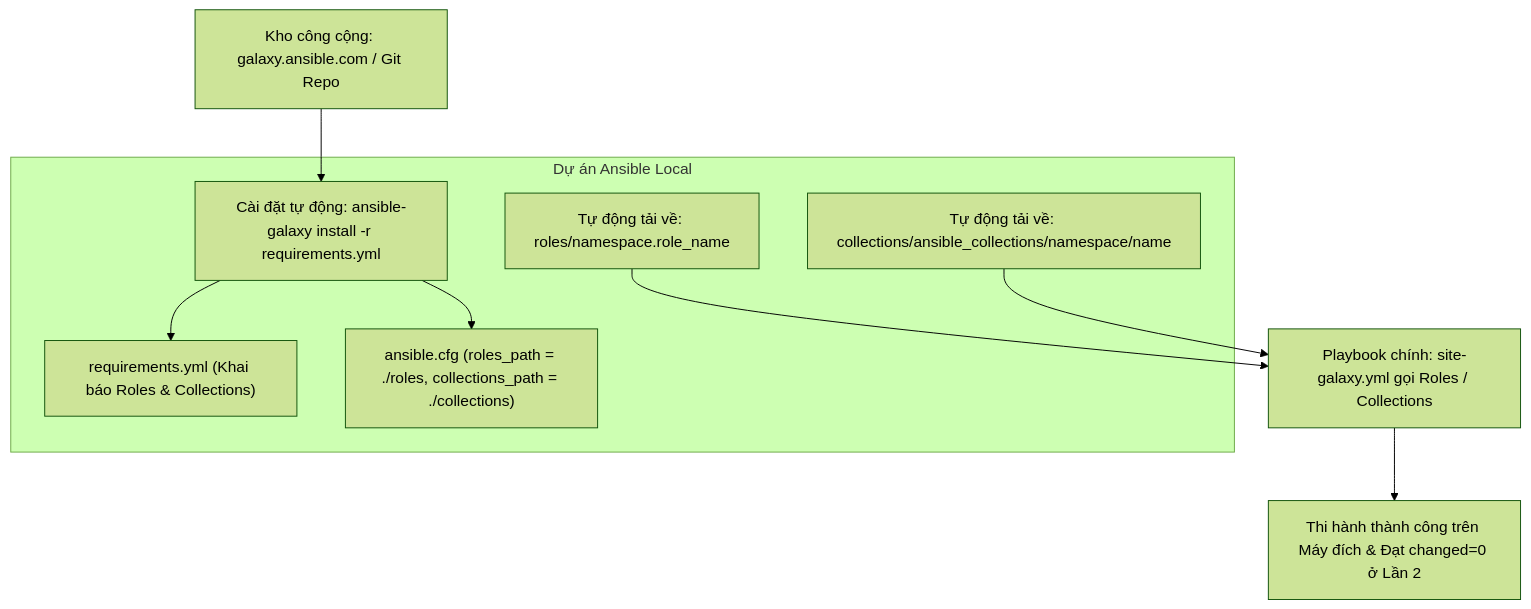
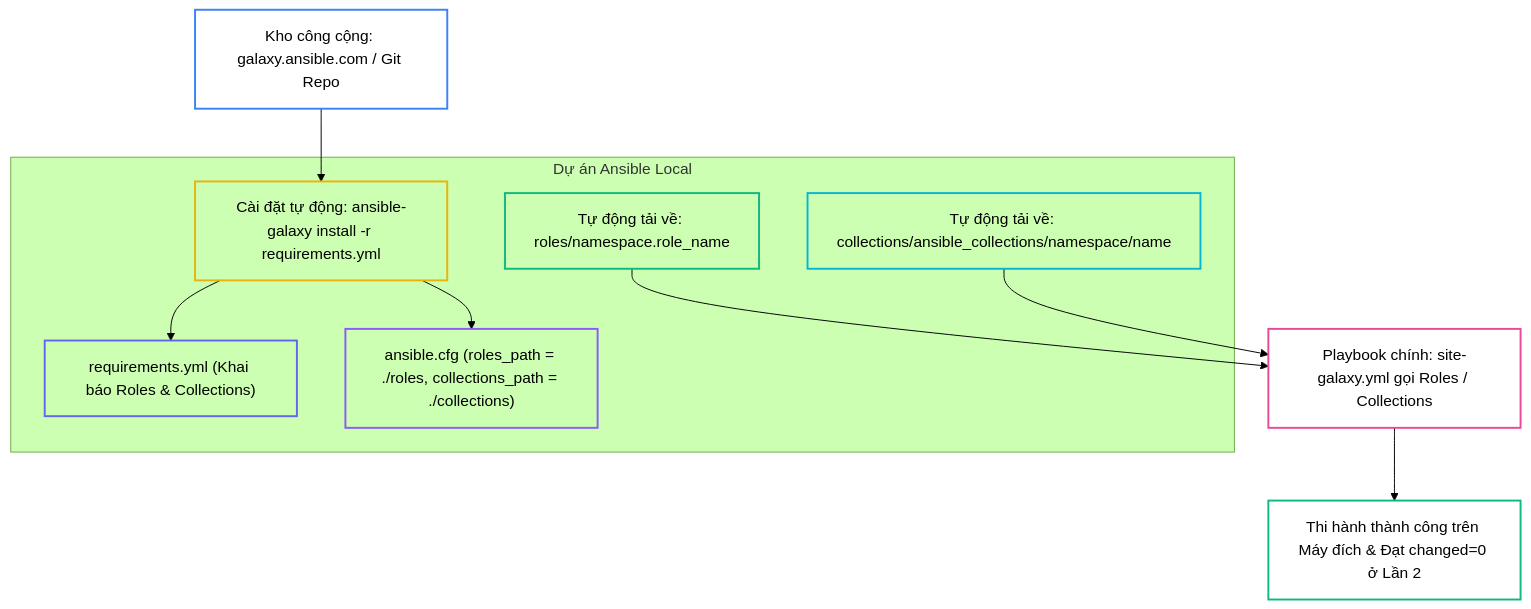
Before and after one commit to kiennt308/ntk: the first of 3 diagrams in _posts/2026-09-13-ansible-16-16-ansible-galaxy.md, drawn with Mermaid (forest theme). The commit also changed other lines of this file and 30 other files, not shown here.

````diff
--- a/_posts/2026-09-13-ansible-16-16-ansible-galaxy.md
+++ b/_posts/2026-09-13-ansible-16-16-ansible-galaxy.md
@@ -82,19 +82,28 @@
 ```mermaid
 graph TD
     A["Kho công cộng: galaxy.ansible.com / Git Repo"] --> B["Cài đặt tự động: ansible-galaxy install -r requirements.yml"]
     
     subgraph "Dự án Ansible Local"
         C["requirements.yml (Khai báo Roles & Collections)"]
         D["ansible.cfg (roles_path = ./roles, collections_path = ./collections)"]
         
         B --> C
         B --> D
         
         E["Tự động tải về: roles/namespace.role_name"]
         F["Tự động tải về: collections/ansible_collections/namespace/name"]
     end
     
     E --> G["Playbook chính: site-galaxy.yml gọi Roles / Collections"]
     F --> G
     G --> H["Thi hành thành công trên Máy đích & Đạt changed=0 ở Lần 2"]
+
+    style A fill:none,stroke:#3b82f6,stroke-width:2px
+    style B fill:none,stroke:#eab308,stroke-width:2px
+    style C fill:none,stroke:#6366f1,stroke-width:2px
+    style D fill:none,stroke:#8b5cf6,stroke-width:2px
+    style E fill:none,stroke:#10b981,stroke-width:2px
+    style F fill:none,stroke:#06b6d4,stroke-width:2px
+    style G fill:none,stroke:#ec4899,stroke-width:2px
+    style H fill:none,stroke:#10b981,stroke-width:2px
 ```
````
